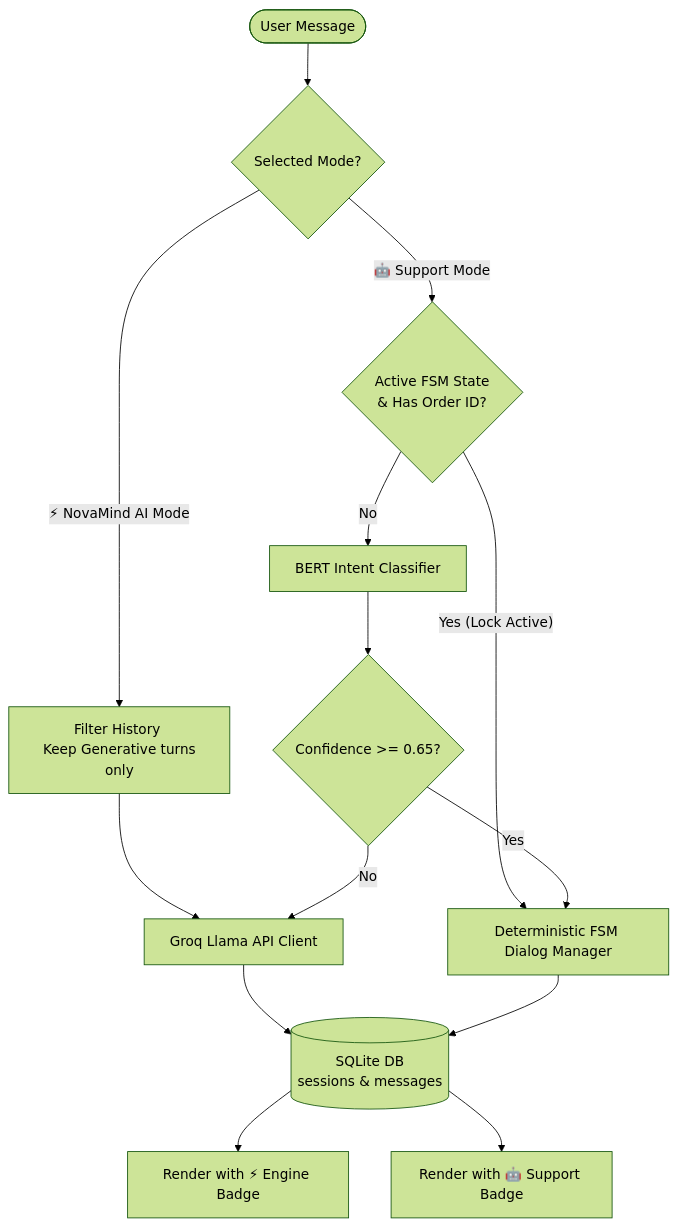
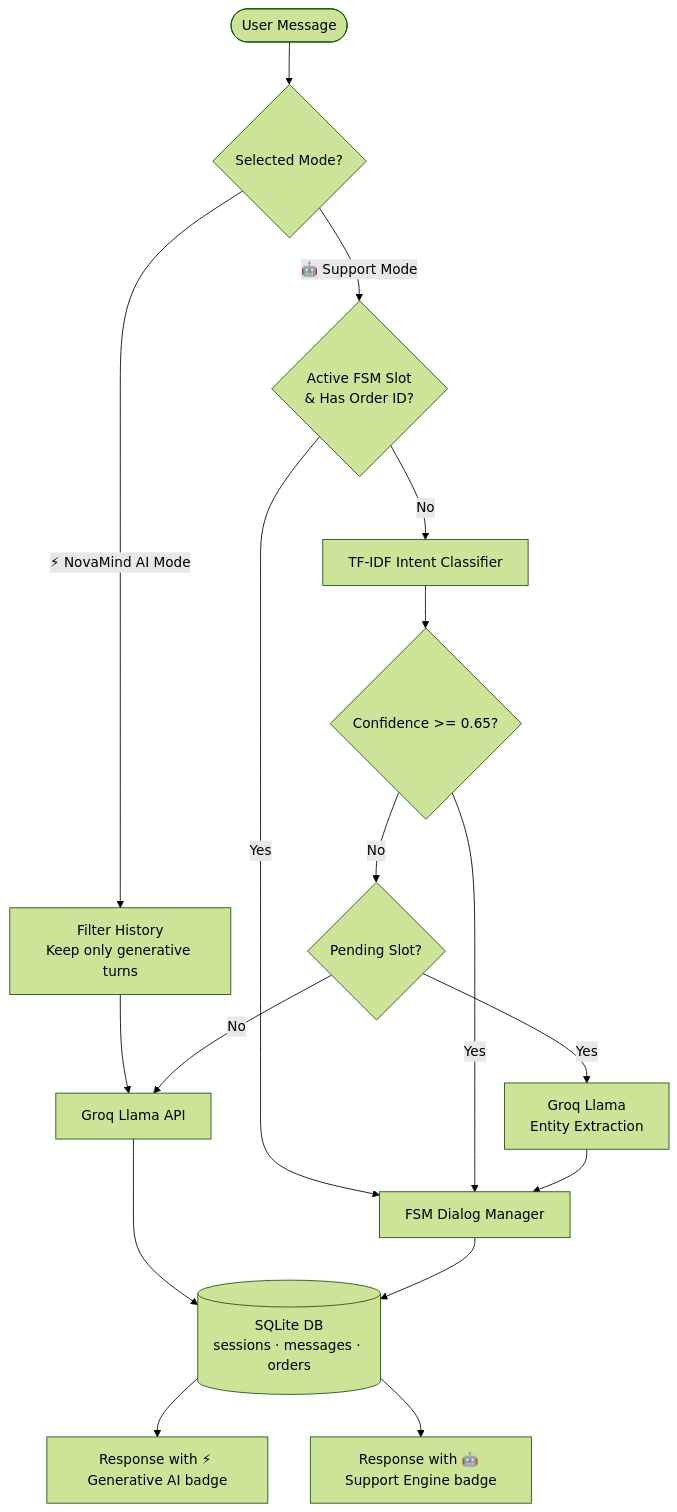
The diagram in README.md (Satyamshiv0079/ai-chatbot), drawn with Mermaid (forest theme) before and after one commit. The commit also changed other lines of this file, not shown here.

Commit message:
docs: honest README rewrite - TF-IDF architecture, accurate setup, limitations section

````diff
--- a/README.md
+++ b/README.md
@@ -42,20 +16,23 @@
 ```mermaid
 graph TD
     User([User Message]) --> ModeSelect{Selected Mode?}
     
-    ModeSelect -- "⚡ NovaMind AI Mode" --> FilterHistory[Filter History <br/> Keep Generative turns only]
-    FilterHistory --> GroqClient[Groq Llama API Client]
-    GroqClient --> SQLite[(SQLite DB <br/> sessions & messages)]
-    SQLite --> RenderAI[Render with ⚡ Engine Badge]
+    ModeSelect -- "⚡ NovaMind AI Mode" --> FilterHistory[Filter History<br/>Keep only generative turns]
+    FilterHistory --> GroqClient[Groq Llama API]
+    GroqClient --> SQLite[(SQLite DB<br/>sessions · messages · orders)]
+    SQLite --> RenderAI[Response with ⚡ Generative AI badge]
     
-    ModeSelect -- "🤖 Support Mode" --> FSMCheck{Active FSM State <br/> & Has Order ID?}
-    FSMCheck -- Yes (Lock Active) --> FSMDialog[Deterministic FSM Dialog Manager]
-    FSMCheck -- No --> BERT[BERT Intent Classifier]
+    ModeSelect -- "🤖 Support Mode" --> FSMCheck{Active FSM Slot<br/>& Has Order ID?}
+    FSMCheck -- Yes --> FSMDialog[FSM Dialog Manager]
+    FSMCheck -- No --> TFIDF[TF-IDF Intent Classifier]
     
-    BERT --> Confidence{Confidence >= 0.65?}
+    TFIDF --> Confidence{Confidence >= 0.65?}
     Confidence -- Yes --> FSMDialog
-    Confidence -- No --> GroqClient
+    Confidence -- No --> LLMExtract{Pending Slot?}
+    LLMExtract -- Yes --> GroqExtract[Groq Llama<br/>Entity Extraction]
+    GroqExtract --> FSMDialog
+    LLMExtract -- No --> GroqClient
     
     FSMDialog --> SQLite
-    SQLite --> RenderSupport[Render with 🤖 Support Badge]
+    SQLite --> RenderSupport[Response with 🤖 Support Engine badge]
 ```
````
